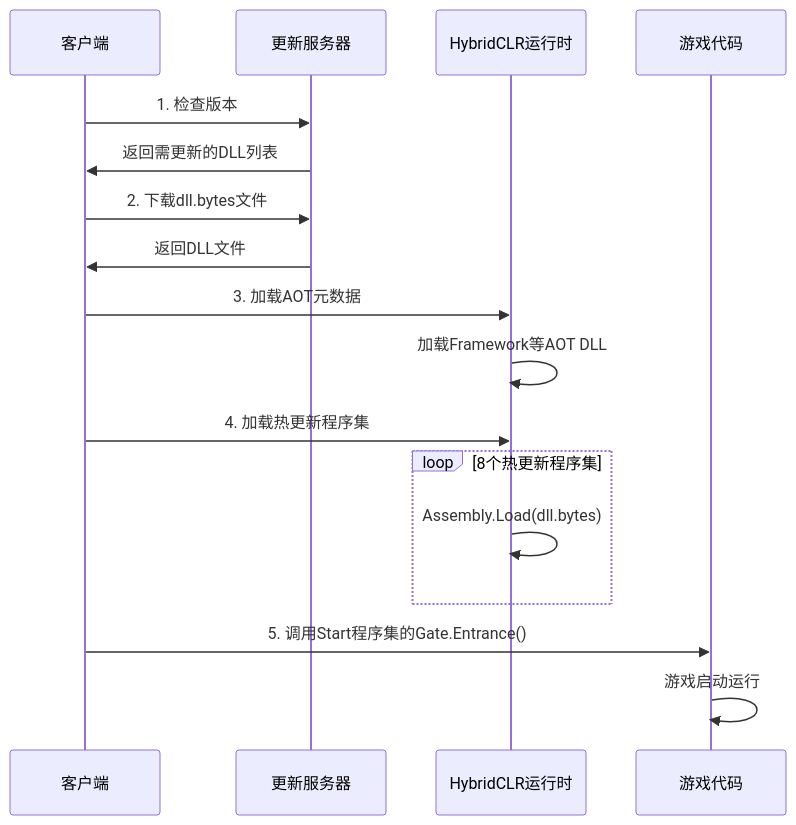
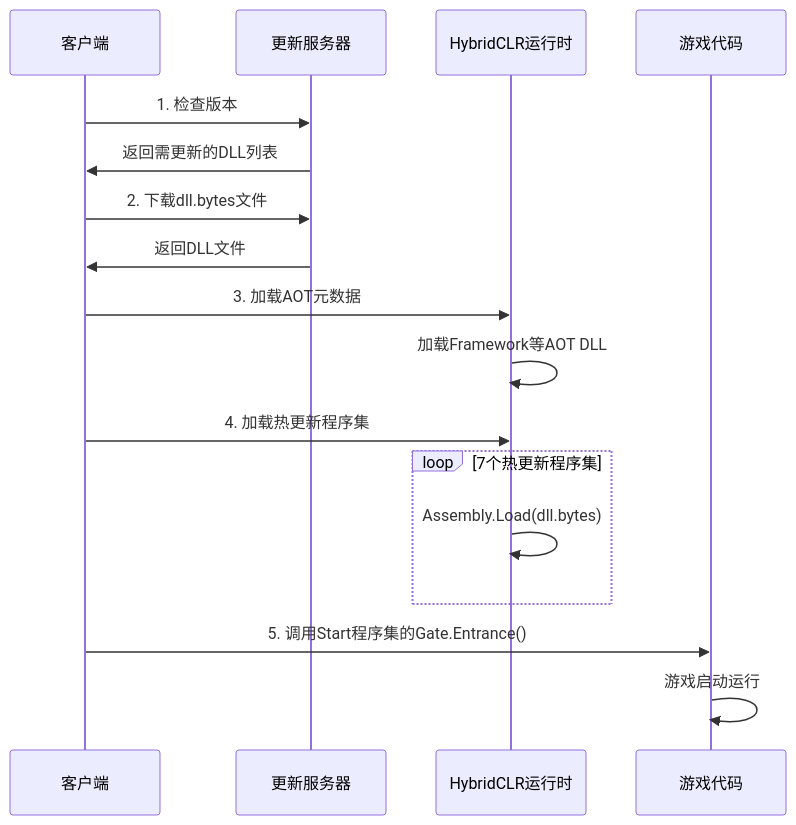
One commit to zlex001/LOA-Client changed the sixth of 6 diagrams in Documents/Architecture/客户端分层架构.md. Above: the diagram before and after it, drawn with Mermaid. The commit also changed other lines of this file and 8 other files, not shown here.

````diff
--- a/Documents/Architecture/客户端分层架构.md
+++ b/Documents/Architecture/客户端分层架构.md
@@ -968,20 +923,20 @@
 ```mermaid
 sequenceDiagram
     participant Client as 客户端
     participant Server as 更新服务器
     participant HybridCLR as HybridCLR运行时
     participant Game as 游戏代码
     
     Client->>Server: 1. 检查版本
     Server->>Client: 返回需更新的DLL列表
     Client->>Server: 2. 下载dll.bytes文件
     Server->>Client: 返回DLL文件
     Client->>HybridCLR: 3. 加载AOT元数据
     HybridCLR->>HybridCLR: 加载Framework等AOT DLL
     Client->>HybridCLR: 4. 加载热更新程序集
-    loop 8个热更新程序集
+    loop 7个热更新程序集
         HybridCLR->>HybridCLR: Assembly.Load(dll.bytes)
     end
     Client->>Game: 5. 调用Start程序集的Gate.Entrance()
     Game->>Game: 游戏启动运行
 ```
````
